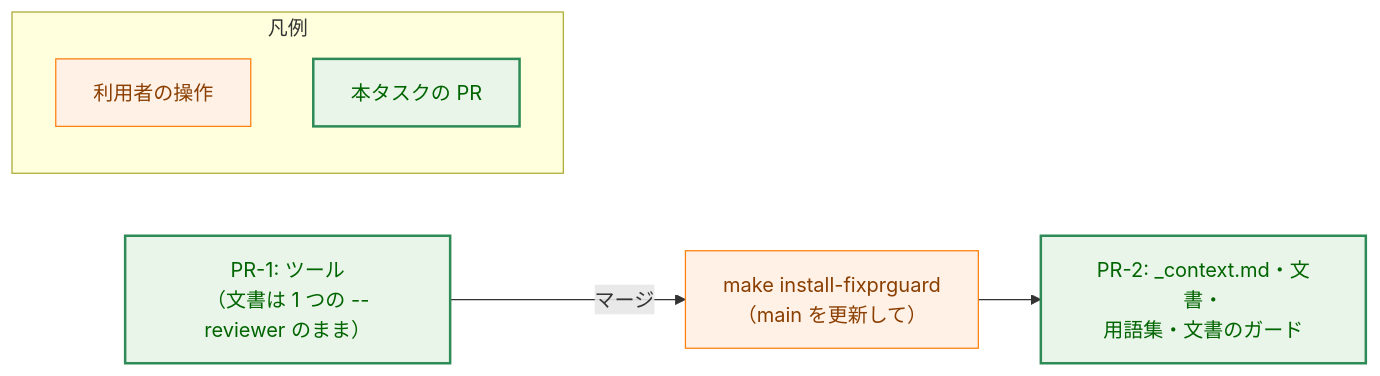
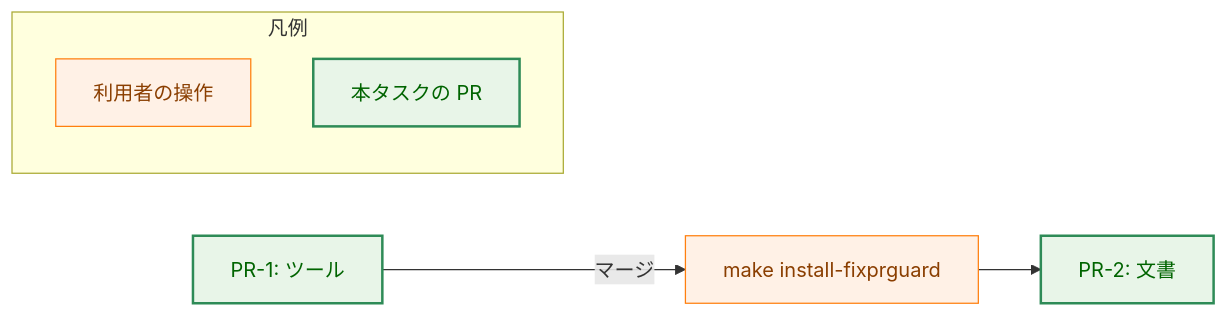
The sixth of 6 diagrams in docs/tasks/0033_multiple_trusted_reviewers/02_architecture.md (isseis/yt2column), drawn with Mermaid before and after one commit. The commit also changed other lines of this file, not shown here.

First line of the commit message:
docs(0033): address architecture review findings

````diff
--- a/docs/tasks/0033_multiple_trusted_reviewers/02_architecture.md
+++ b/docs/tasks/0033_multiple_trusted_reviewers/02_architecture.md
@@ -462,22 +480,22 @@
 ```mermaid
 flowchart LR
     classDef process fill:#fff1e6,stroke:#ff7f0e,stroke-width:1px,color:#8a3e00;
     classDef enhanced fill:#e8f5e8,stroke:#2e8b57,stroke-width:2px,color:#006400;
 
-    PR1["PR-1: ツール<br>（文書は 1 つの --reviewer のまま）"]
-    INST["make install-fixprguard<br>（main を更新して）"]
-    PR2["PR-2: _context.md・文書・<br>用語集・文書のガード"]
+    PR1["PR-1: ツール"]
+    INST["make install-fixprguard"]
+    PR2["PR-2: 文書"]
 
     PR1 -->|"マージ"| INST
     INST --> PR2
 
     class INST process
     class PR1,PR2 enhanced
 
     subgraph Legend["凡例"]
         LG1["利用者の操作"]
         LG2["本タスクの PR"]
     end
     class LG1 process
     class LG2 enhanced
 ```
````
